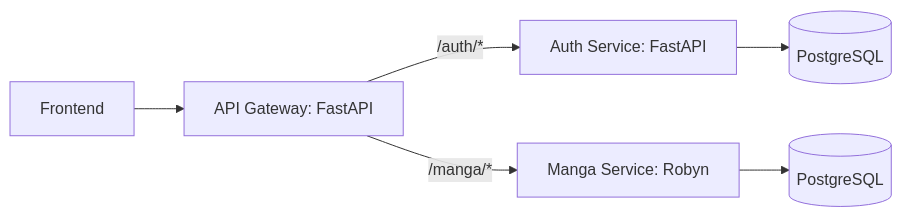
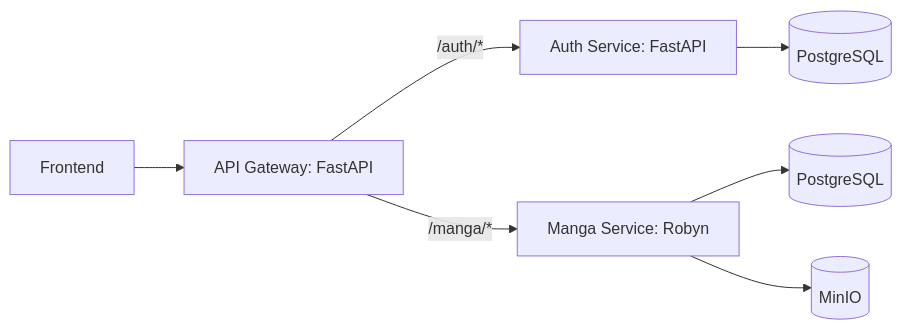
The diagram in README.org (edpyt/mangaluv), drawn with Mermaid before and after one commit.

```diff
--- a/README.org
+++ b/README.org
@@ -3,8 +3,9 @@
    #+begin_src mermaid
    flowchart LR
        A[Frontend] --> B[API Gateway: FastAPI]
        B -->|/auth/*| C[Auth Service: FastAPI]
        C --> E[(PostgreSQL)]
        B -->|/manga/*| D[Manga Service: Robyn]
        D --> G[(PostgreSQL)]
+       D --> H[(MinIO)] 
    #+end_src
```
